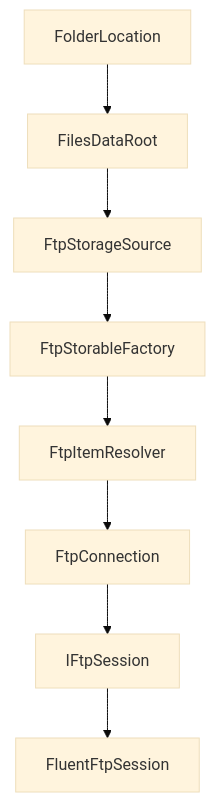
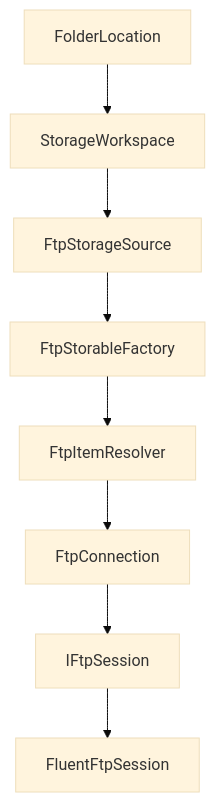
Before and after one commit to 0x5bfa/ReFiles: the second of 4 diagrams in docs/ftp-storage.md, drawn with Mermaid (base theme). The commit also changed other lines of this file and 93 other files, not shown here.

Commit message:
Rearchitect application state management

````diff
--- a/docs/ftp-storage.md
+++ b/docs/ftp-storage.md
@@ -59,19 +59,19 @@
 ```mermaid
 flowchart TD
     Location["FolderLocation"]
-    Root["FilesDataRoot"]
+    Root["StorageWorkspace"]
     Source["FtpStorageSource"]
     Factory["FtpStorableFactory"]
     Resolver["FtpItemResolver"]
     Connection["FtpConnection"]
     Session["IFtpSession"]
     Fluent["FluentFtpSession"]
 
     Location --> Root
     Root --> Source
     Source --> Factory
     Factory --> Resolver
     Resolver --> Connection
     Connection --> Session
     Session --> Fluent
 ```
````
